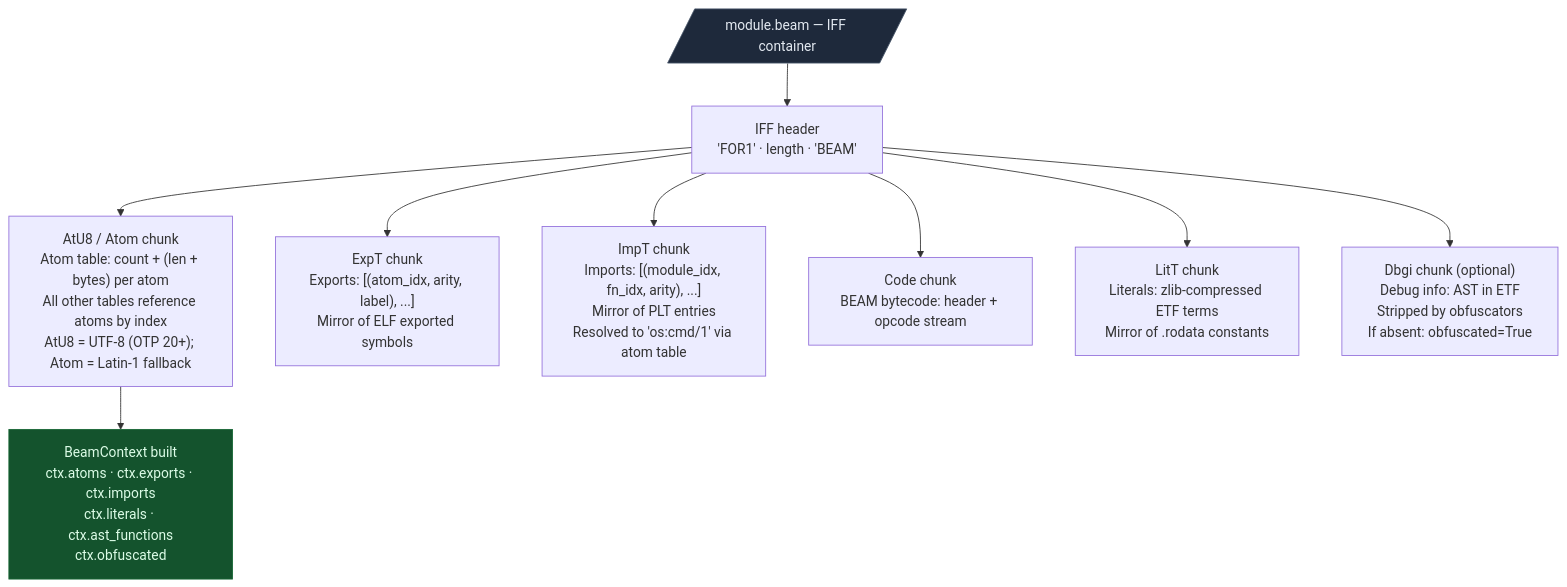
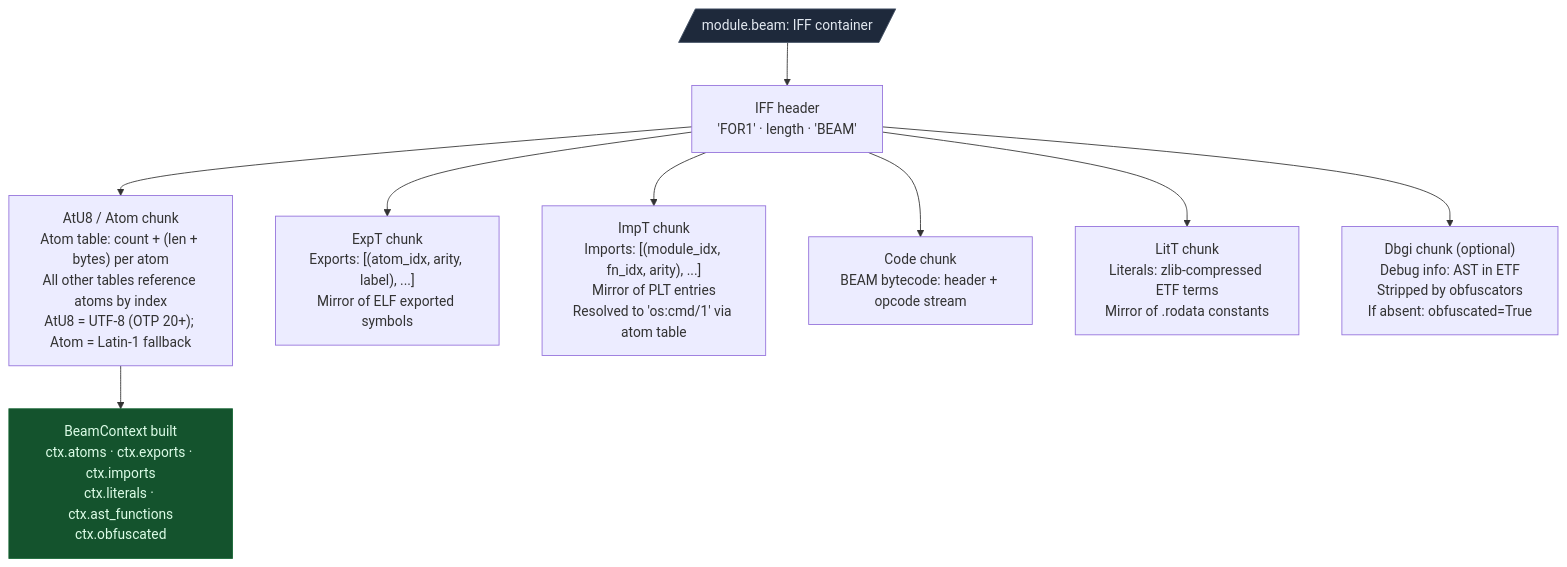
One commit to Ablation-Tool/ablation changed the diagram in docs/module-reference/beam.md. Above: the diagram before and after it, drawn with Mermaid. The commit also changed 53 other files, not shown here.

````diff
--- a/docs/module-reference/beam.md
+++ b/docs/module-reference/beam.md
@@ -37,21 +37,21 @@
 ```mermaid
 flowchart TD
-    A[/"module.beam — IFF container"/] --> B["IFF header\n'FOR1' · length · 'BEAM'"]
+    A[/"module.beam: IFF container"/] --> B["IFF header\n'FOR1' · length · 'BEAM'"]
 
     B --> C["AtU8 / Atom chunk\nAtom table: count + (len + bytes) per atom\nAll other tables reference atoms by index\nAtU8 = UTF-8 (OTP 20+); Atom = Latin-1 fallback"]
 
     B --> D["ExpT chunk\nExports: [(atom_idx, arity, label), ...]\nMirror of ELF exported symbols"]
 
     B --> E["ImpT chunk\nImports: [(module_idx, fn_idx, arity), ...]\nMirror of PLT entries\nResolved to 'os:cmd/1' via atom table"]
 
     B --> F["Code chunk\nBEAM bytecode: header + opcode stream"]
 
     B --> G["LitT chunk\nLiterals: zlib-compressed ETF terms\nMirror of .rodata constants"]
 
     B --> H["Dbgi chunk (optional)\nDebug info: AST in ETF\nStripped by obfuscators\nIf absent: obfuscated=True"]
 
     C --> I["BeamContext built\nctx.atoms · ctx.exports · ctx.imports\nctx.literals · ctx.ast_functions\nctx.obfuscated"]
 
     style A fill:#1e293b,stroke:#475569,color:#e2e8f0
     style I fill:#14532d,stroke:#166534,color:#dcfce7
 ```
````
